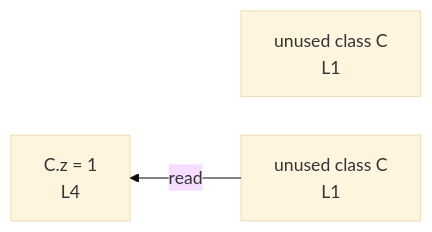
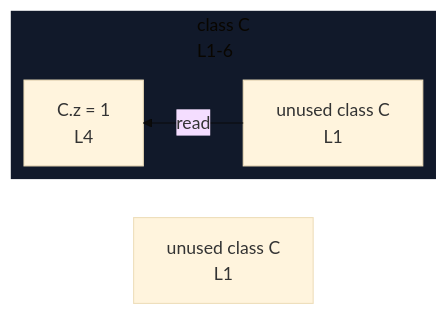
The diagram in integration/fixtures/app-behavior/ast-type-coverage/static-block/preview.md (crescware/unsnarl), drawn with Mermaid (base theme) before and after one commit. The commit also changed 103 other files, not shown here.

````diff
--- a/integration/fixtures/app-behavior/ast-type-coverage/static-block/preview.md
+++ b/integration/fixtures/app-behavior/ast-type-coverage/static-block/preview.md
@@ -16,8 +16,13 @@
 ```mermaid
 %%{init: {"flowchart": {"defaultRenderer": "elk"}}}%%
 flowchart RL
   n_scope_0_C_6["unused class C<br/>L1"]
-  n_scope_1_C_6["unused class C<br/>L1"]
+  subgraph s_scope_1["class C<br/>L1-6"]
+    direction RL
+    n_scope_1_C_6["unused class C<br/>L1"]
+    expr_stmt_41["C.z = 1<br/>L4"]
+  end
   n_scope_1_C_6 -->|read| expr_stmt_41
-  expr_stmt_41["C.z = 1<br/>L4"]
+  classDef nestL1 fill:#11192a,stroke:transparent;
+  class s_scope_1 nestL1;
 ```
````
